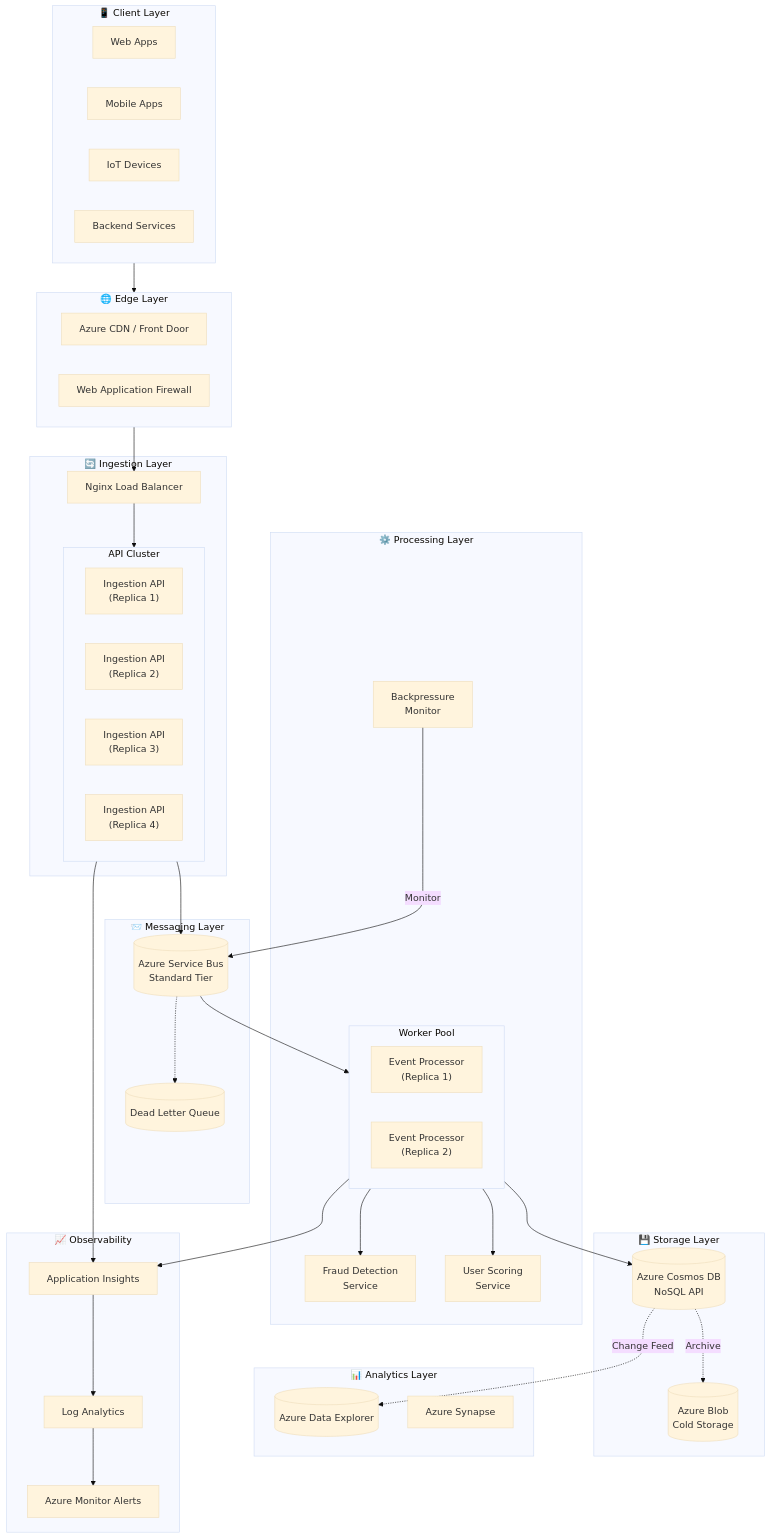
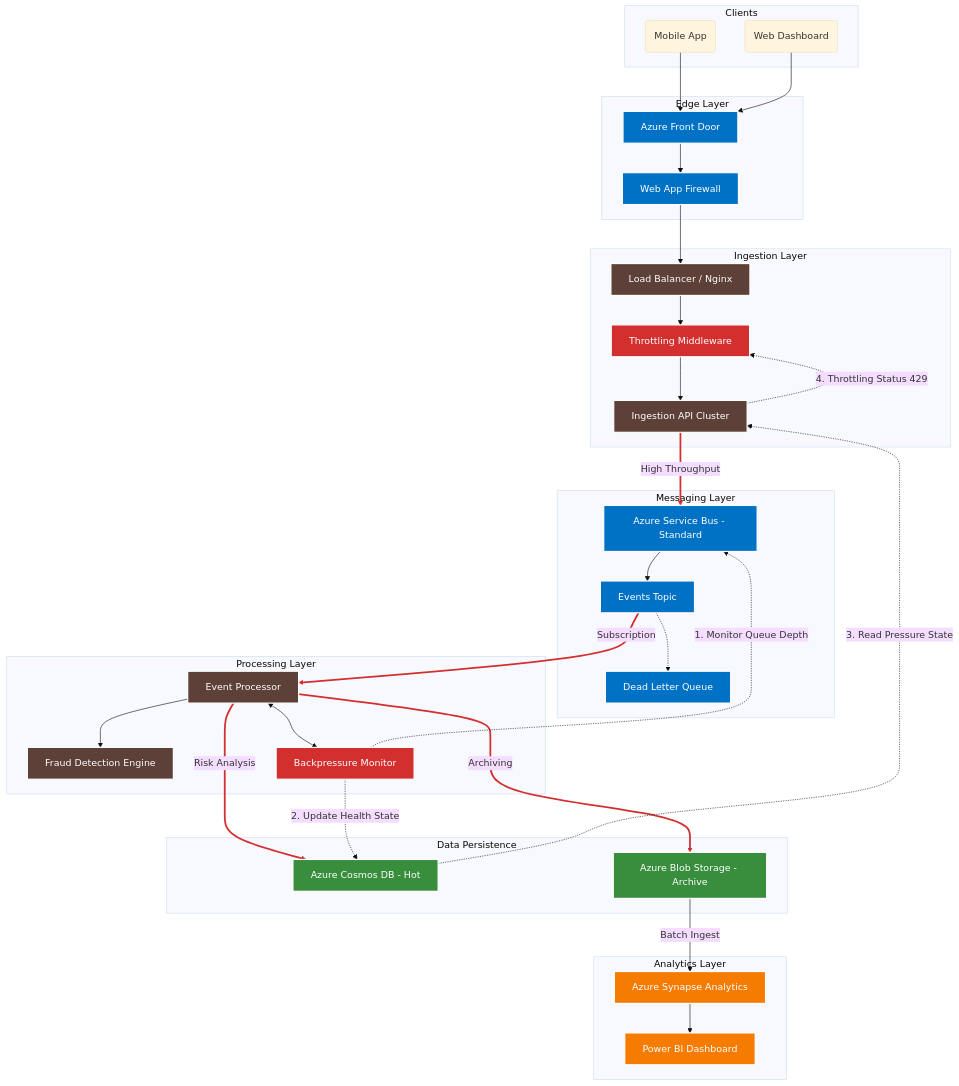
Before and after one commit to suaybdemir/CloudScale-Event-Platform: the diagram in docs/architecture.md, drawn with Mermaid (base theme). The commit also changed other lines of this file and 6 other files, not shown here.

````diff
--- a/docs/architecture.md
+++ b/docs/architecture.md
@@ -11,73 +11,79 @@
 ```mermaid
-flowchart TB
-    subgraph Clients["📱 Client Layer"]
-        WEB[Web Apps]
-        MOB[Mobile Apps]
-        IOT[IoT Devices]
-        SRV[Backend Services]
+graph TD
+    %% Styling
+    classDef azure fill:#0072C6,stroke:#fff,stroke-width:2px,color:#fff;
+    classDef code fill:#5D4037,stroke:#fff,stroke-width:2px,color:#fff;
+    classDef storage fill:#388E3C,stroke:#fff,stroke-width:2px,color:#fff;
+    classDef analytics fill:#F57C00,stroke:#fff,stroke-width:2px,color:#fff;
+    classDef monitor fill:#D32F2F,stroke:#fff,stroke-width:2px,color:#fff;
+
+    subgraph ClientLayer [Clients]
+        MobileApp(Mobile App)
+        WebApp(Web Dashboard)
     end
+
+    subgraph EdgeLayer [Edge Layer]
+        AFD[Azure Front Door]:::azure
+        WAF[Web App Firewall]:::azure
+        AFD --> WAF
+    end
+
+    subgraph IngestionLayer [Ingestion Layer]
+        LB[Load Balancer / Nginx]:::code
+        API[Ingestion API Cluster]:::code
+        Throttling[Throttling Middleware]:::monitor
+        
+        LB --> Throttling
+        Throttling --> API
+    end
+
+    subgraph MessagingLayer [Messaging Layer]
+        SB[Azure Service Bus - Standard]:::azure
+        Topic[Events Topic]:::azure
+        DLQ[Dead Letter Queue]:::azure
+        
+        SB --> Topic
+        Topic -.-> DLQ
+    end
+
+    subgraph ProcessingLayer [Processing Layer]
+        Worker[Event Processor]:::code
+        Fraud[Fraud Detection Engine]:::code
+        Health[Backpressure Monitor]:::monitor
+        
+        Worker --> Fraud
+        Worker <--> Health
+    end
+
+    subgraph StorageLayer [Data Persistence]
+        Cosmos[Azure Cosmos DB - Hot]:::storage
+        Blob[Azure Blob Storage - Archive]:::storage
+    end
+
+    subgraph AnalyticsLayer [Analytics Layer]
+        Synapse[Azure Synapse Analytics]:::analytics
+        PBI[Power BI Dashboard]:::analytics
+    end
+
+    %% Flows
+    MobileApp --> AFD
+    WebApp --> AFD
+    WAF --> LB
+    API -->|High Throughput| SB
     
-    subgraph Edge["🌐 Edge Layer"]
-        CDN[Azure CDN / Front Door]
-        WAF[Web Application Firewall]
-    end
+    Topic -->|Subscription| Worker
     
-    subgraph Ingestion["🔄 Ingestion Layer"]
-        LB[Nginx Load Balancer]
-        
-        subgraph APICluster["API Cluster"]
-            API1["Ingestion API\n(Replica 1)"]
-            API2["Ingestion API\n(Replica 2)"]
-            API3["Ingestion API\n(Replica 3)"]
-            API4["Ingestion API\n(Replica 4)"]
-        end
-    end
+    Worker -->|Risk Analysis| Cosmos
+    Worker -->|Archiving| Blob
+    Blob -->|Batch Ingest| Synapse
+    Synapse --> PBI
     
-    subgraph Messaging["📨 Messaging Layer"]
-        SB[(Azure Service Bus\nStandard Tier)]
-        DLQ[(Dead Letter Queue)]
-    end
+    %% Feedback Loop (Monitor & Adjust)
+    Health -.->|1. Monitor Queue Depth| SB
+    Health -.->|2. Update Health State| Cosmos
+    Cosmos -.->|3. Read Pressure State| API
+    API -.->|4. Throttling Status 429| Throttling
     
-    subgraph Processing["⚙️ Processing Layer"]
-        subgraph Workers["Worker Pool"]
-            W1["Event Processor\n(Replica 1)"]
-            W2["Event Processor\n(Replica 2)"]
-        end
-        
-        FRAUD[Fraud Detection\nService]
-        SCORE[User Scoring\nService]
-        BP[Backpressure\nMonitor]
-    end
-    
-    subgraph Storage["💾 Storage Layer"]
-        COSMOS[(Azure Cosmos DB\nNoSQL API)]
-        BLOB[(Azure Blob\nCold Storage)]
-    end
-    
-    subgraph Analytics["📊 Analytics Layer"]
-        ADX[(Azure Data Explorer)]
-        SYNAPSE[Azure Synapse]
-    end
-    
-    subgraph Observability["📈 Observability"]
-        AI[Application Insights]
-        LA[Log Analytics]
-        ALERT[Azure Monitor Alerts]
-    end
-    
-    Clients --> Edge
-    Edge --> LB
-    LB --> APICluster
-    APICluster --> SB
-    SB --> Workers
-    SB -.-> DLQ
-    Workers --> FRAUD
-    Workers --> SCORE
-    Workers --> COSMOS
-    COSMOS -.->|Change Feed| ADX
-    COSMOS -.->|Archive| BLOB
-    BP -->|Monitor| SB
-    APICluster & Workers --> AI
-    AI --> LA
-    LA --> ALERT
+    %% Legend
+    linkStyle 10,11,12,13 stroke:#D32F2F,stroke-width:3px;
 ```
````
